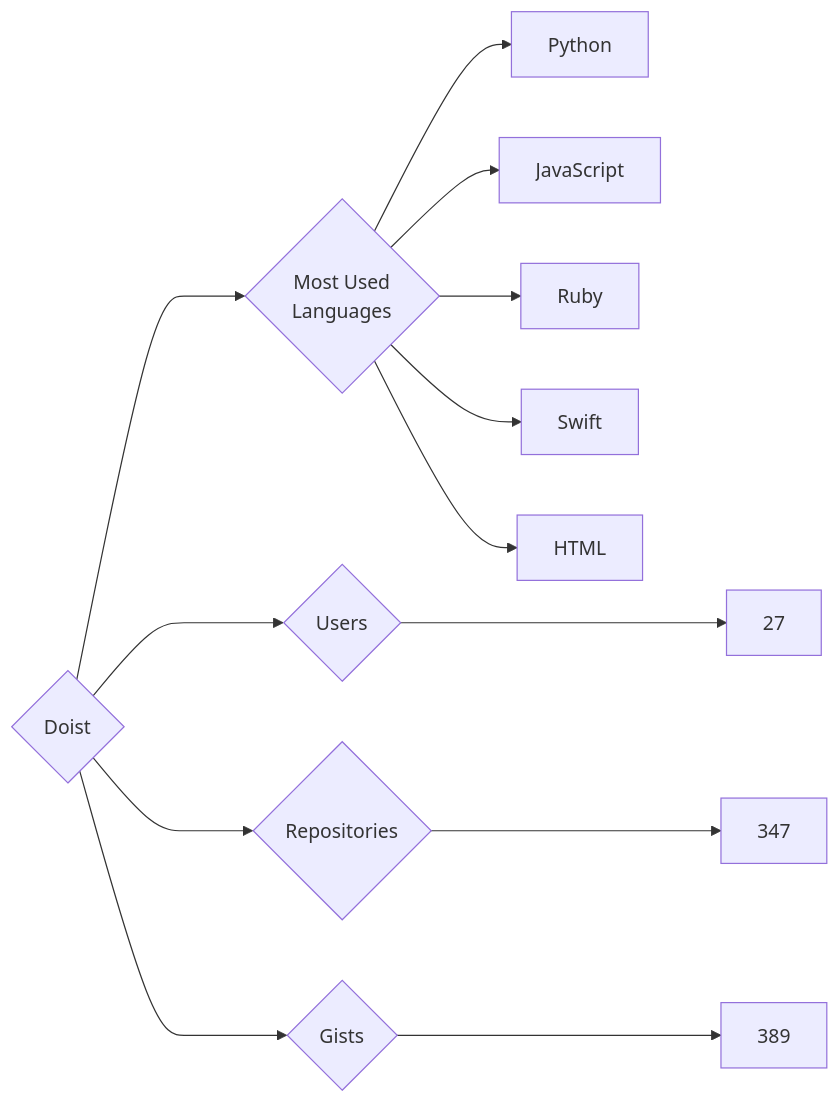
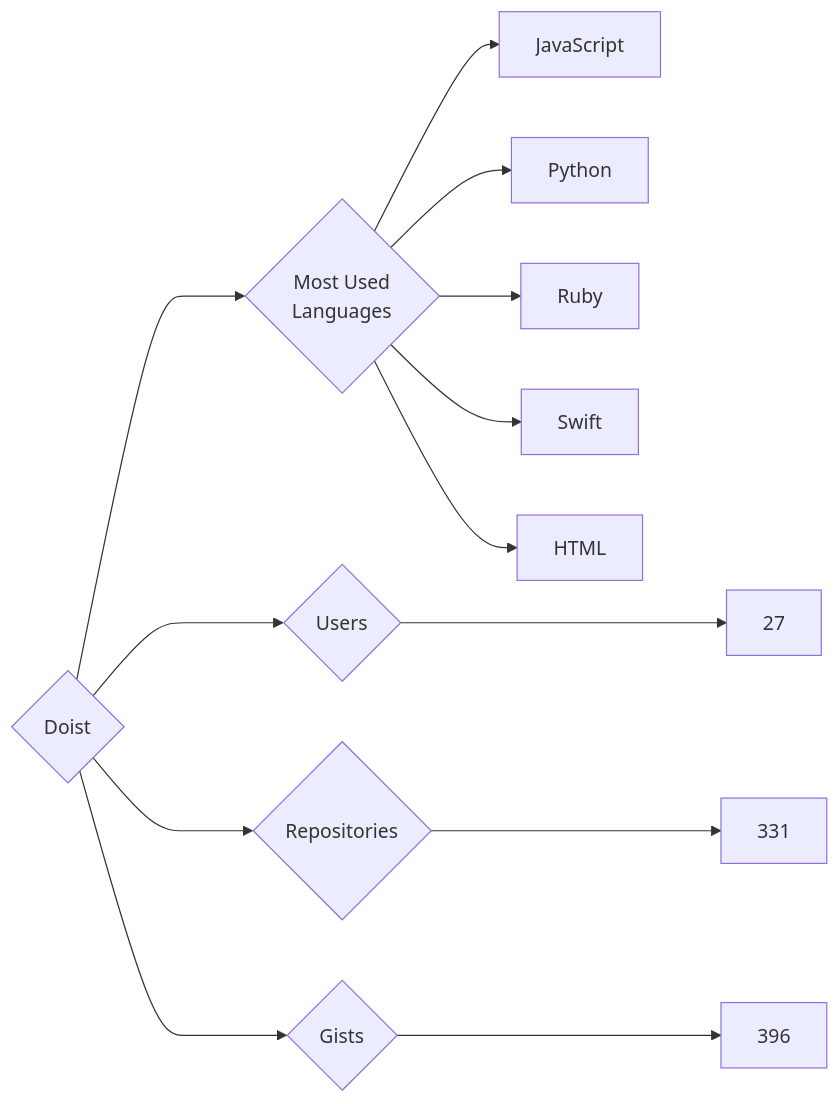
One commit to trickest/insiders changed the diagram in targets/Doist/README.md. Above: the diagram before and after it, drawn with Mermaid. The commit also changed 953 other files, not shown here.

````diff
--- a/targets/Doist/README.md
+++ b/targets/Doist/README.md
@@ -3,13 +3,13 @@
 ```mermaid
 graph LR
 COMPANY_NAME{Doist}
 COMPANY_NAME ---> U{Users} ---> UN[27]
-COMPANY_NAME ---> R{Repositories} ---> RN[347]
-COMPANY_NAME ---> G{Gists} ---> GN[389]
+COMPANY_NAME ---> R{Repositories} ---> RN[331]
+COMPANY_NAME ---> G{Gists} ---> GN[396]
 COMPANY_NAME ---> ML{Most Used<br>Languages}
+ML --> JavaScript[JavaScript]
 ML --> Python[Python]
-ML --> JavaScript[JavaScript]
 ML --> Ruby[Ruby]
 ML --> Swift[Swift]
 ML --> HTML[HTML]
 ```
````
